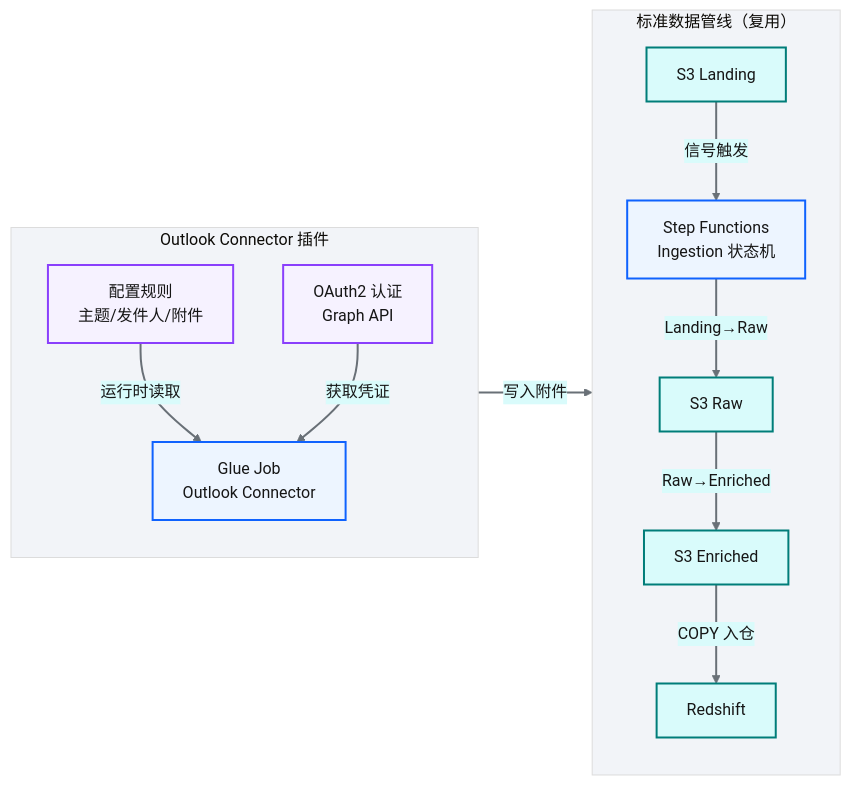
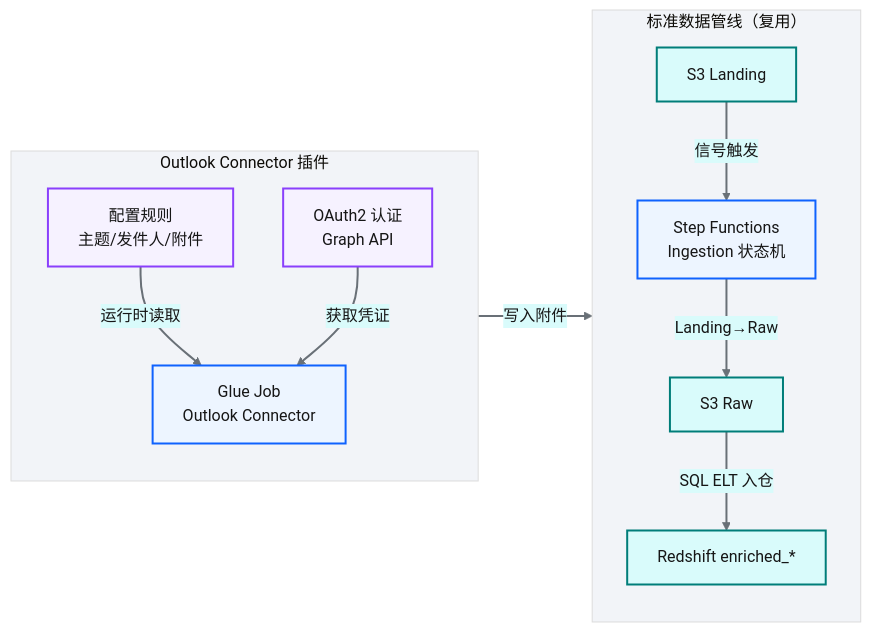
Before and after one commit to zhiweio/from-data-to-intelligence: diagram 12 of 12 in docs/16-API-SaaS与邮件连接器.md, drawn with Mermaid. The commit also changed other lines of this file and 69 other files, not shown here.

````diff
--- a/docs/16-API-SaaS与邮件连接器.md
+++ b/docs/16-API-SaaS与邮件连接器.md
@@ -707,39 +744,37 @@
 ```mermaid
 %%{init: {'theme':'base','themeVariables':{'primaryColor':'#edf5ff','primaryTextColor':'#161616','primaryBorderColor':'#0f62fe','lineColor':'#697077','secondaryColor':'#d9fbfb','tertiaryColor':'#f2f4f8'}}}%%
 flowchart LR
     classDef bpProcess fill:#edf5ff,stroke:#0f62fe,stroke-width:2px,color:#161616
     classDef bpData fill:#d9fbfb,stroke:#007d79,stroke-width:2px,color:#161616
     classDef bpDecision fill:#fcf4d6,stroke:#f1c21b,stroke-width:2px,color:#161616
     classDef bpSuccess fill:#defbe6,stroke:#198038,stroke-width:2px,color:#161616
     classDef bpExternal fill:#f2f4f8,stroke:#697077,stroke-width:2px,color:#161616
     classDef bpInfo fill:#f6f2ff,stroke:#8a3ffc,stroke-width:2px,color:#161616
     linkStyle default stroke:#697077,stroke-width:2px,fill:none
 
     subgraph 插件层["Outlook Connector 插件"]
         direction TB
         GLUE[Glue Job<br/>Outlook Connector]
         CONFIG[配置规则<br/>主题/发件人/附件]
         AUTH[OAuth2 认证<br/>Graph API]
     end
 
     subgraph 标准管线["标准数据管线（复用）"]
         direction TB
         LANDING[S3 Landing]
         SF[Step Functions<br/>Ingestion 状态机]
         RAW[S3 Raw]
-        ENRICHED[S3 Enriched]
-        RS[Redshift]
+        RS[Redshift enriched_*]
     end
 
     CONFIG -->|运行时读取| GLUE
     AUTH -->|获取凭证| GLUE
     GLUE -->|写入附件| LANDING
     LANDING -->|信号触发| SF
     SF -->|Landing→Raw| RAW
-    RAW -->|Raw→Enriched| ENRICHED
-    ENRICHED -->|COPY 入仓| RS
+    RAW -->|SQL ELT 入仓| RS
 
     class GLUE,SF bpProcess
-    class LANDING,RAW,ENRICHED,RS bpData
+    class LANDING,RAW,RS bpData
     class CONFIG,AUTH bpInfo
 ```
````
